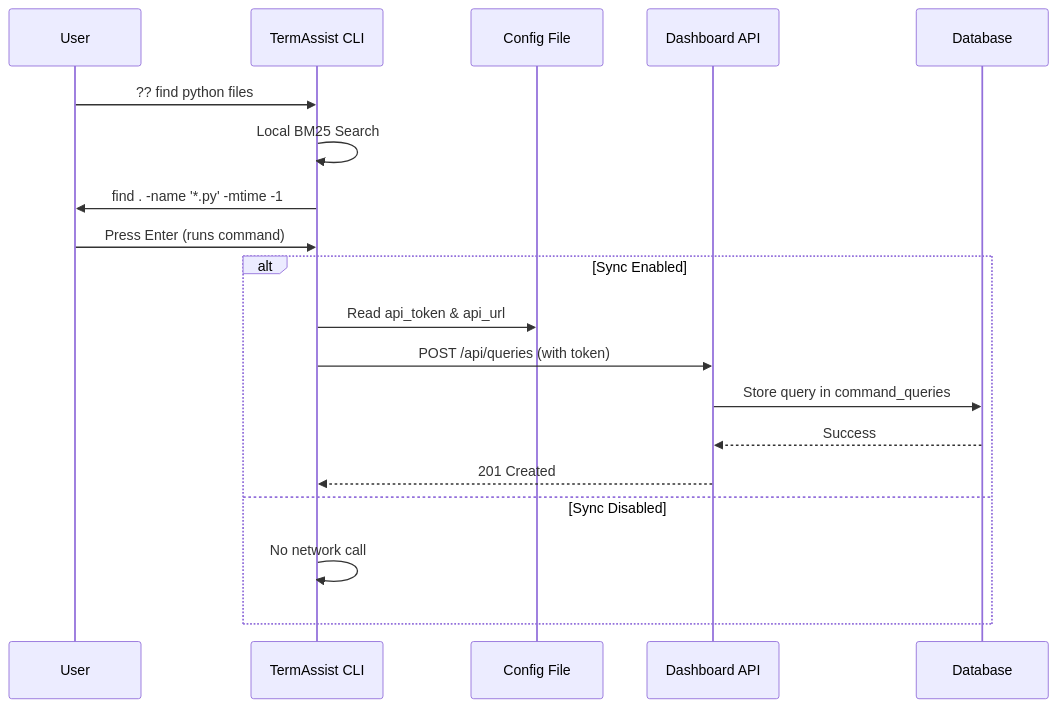
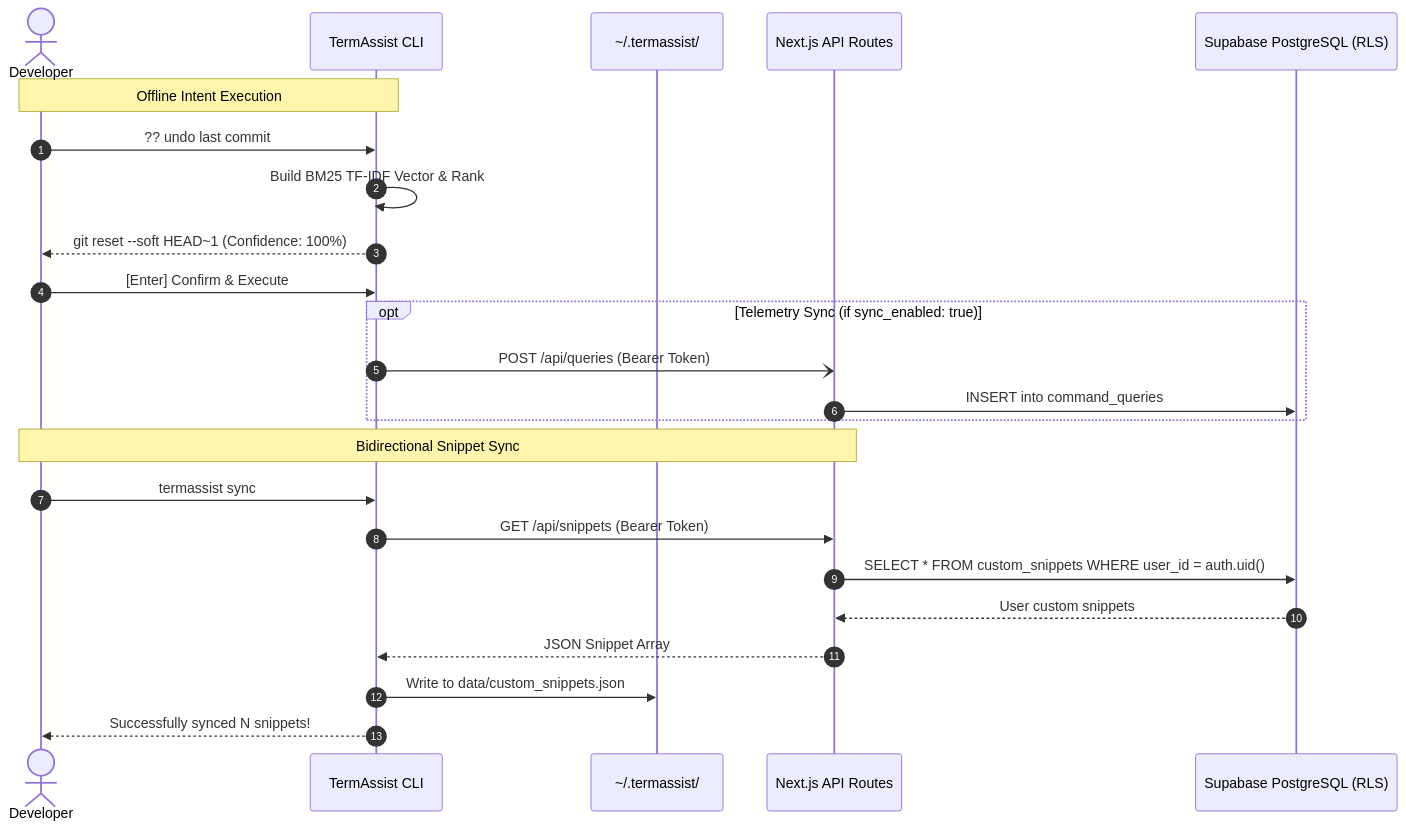
Before and after one commit to Manoj-ruler/man_cli: the second of 2 diagrams in README.md, drawn with Mermaid. The commit also changed other lines of this file, not shown here.

````diff
--- a/README.md
+++ b/README.md
@@ -127,23 +130,29 @@
 ```mermaid
 sequenceDiagram
-    participant U as User
+    autonumber
+    actor Developer
     participant CLI as TermAssist CLI
-    participant CFG as Config File
-    participant API as Dashboard API
-    participant DB as Database
-    
-    U->>CLI: ?? find python files
-    CLI->>CLI: Local BM25 Search
-    CLI->>U: find . -name '*.py' -mtime -1
-    U->>CLI: Press Enter (runs command)
-    
-    alt Sync Enabled
-        CLI->>CFG: Read api_token & api_url
-        CLI->>API: POST /api/queries (with token)
-        API->>DB: Store query in command_queries
-        DB-->>API: Success
-        API-->>CLI: 201 Created
-    else Sync Disabled
-        CLI->>CLI: No network call
+    participant LocalStore as ~/.termassist/
+    participant NextAPI as Next.js API Routes
+    participant Postgres as Supabase PostgreSQL (RLS)
+
+    Note over Developer,CLI: Offline Intent Execution
+    Developer->>CLI: ?? undo last commit
+    CLI->>CLI: Build BM25 TF-IDF Vector & Rank
+    CLI-->>Developer: git reset --soft HEAD~1 (Confidence: 100%)
+    Developer->>CLI: [Enter] Confirm & Execute
+
+    opt Telemetry Sync (if sync_enabled: true)
+        CLI-)NextAPI: POST /api/queries (Bearer Token)
+        NextAPI->>Postgres: INSERT into command_queries
     end
+
+    Note over Developer,NextAPI: Bidirectional Snippet Sync
+    Developer->>CLI: termassist sync
+    CLI->>NextAPI: GET /api/snippets (Bearer Token)
+    NextAPI->>Postgres: SELECT * FROM custom_snippets WHERE user_id = auth.uid()
+    Postgres-->>NextAPI: User custom snippets
+    NextAPI-->>CLI: JSON Snippet Array
+    CLI->>LocalStore: Write to data/custom_snippets.json
+    CLI-->>Developer: Successfully synced N snippets!
 ```
````
